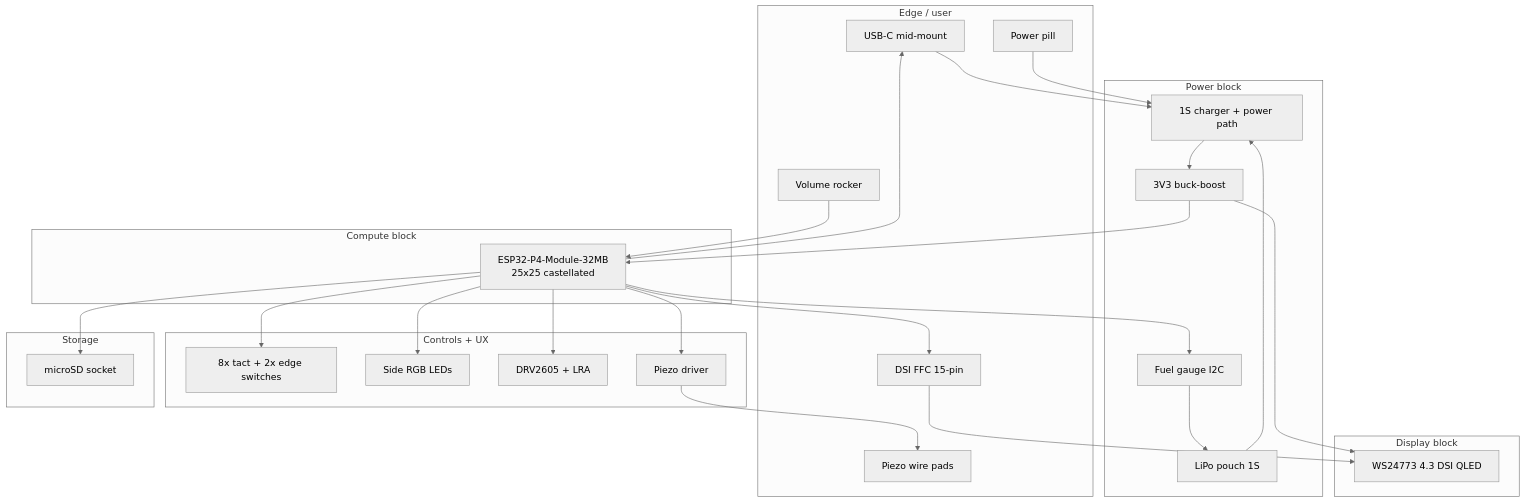
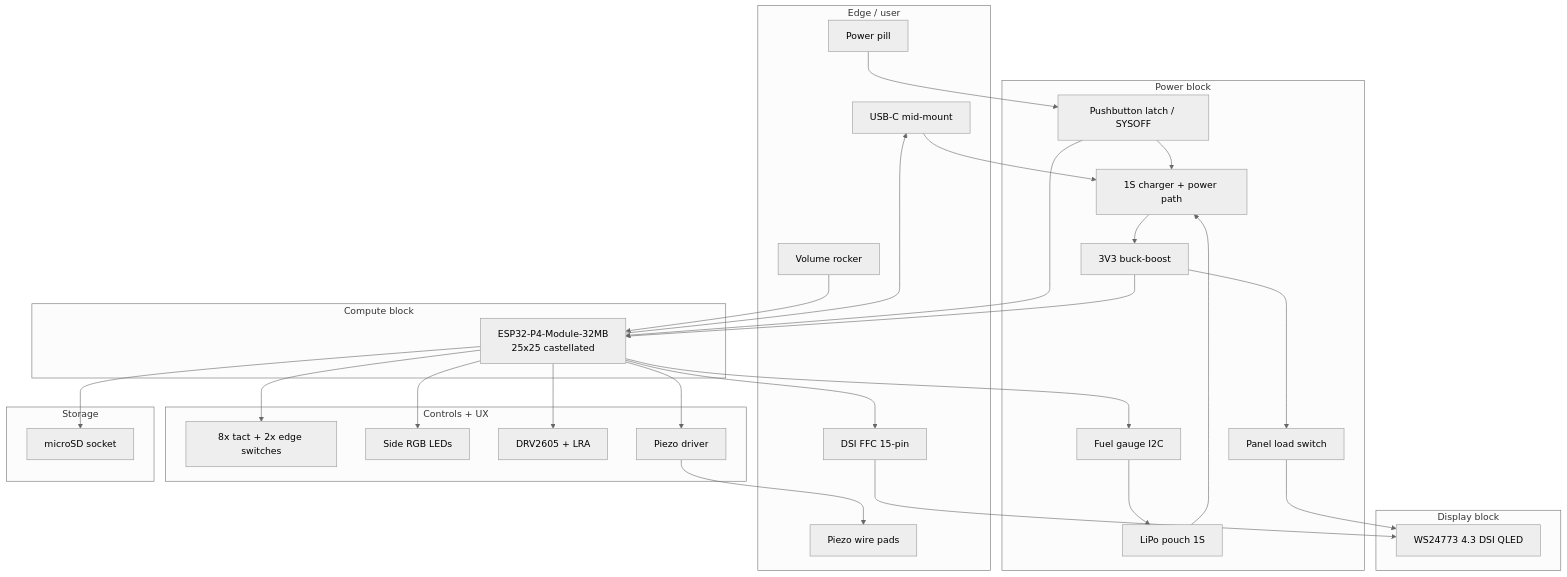
The diagram in hardware/card/BLOCK_DIAGRAM.md (increpare/PuzzleScript-labs), drawn with Mermaid (neutral theme) before and after one commit. The commit also changed other lines of this file and 34 other files, not shown here.

````diff
--- a/hardware/card/BLOCK_DIAGRAM.md
+++ b/hardware/card/BLOCK_DIAGRAM.md
@@ -11,55 +11,60 @@
 ```mermaid
 flowchart TB
     subgraph edge [Edge / user]
         USBC[USB-C mid-mount]
         PWR[Power pill]
         VOL[Volume rocker]
         FFC[DSI FFC 15-pin]
         PIEZO_PADS[Piezo wire pads]
     end
 
     subgraph power [Power block]
+        LATCH[Pushbutton latch / SYSOFF]
         CHG[1S charger + power path]
         GAUGE[Fuel gauge I2C]
         BUCK[3V3 buck-boost]
+        PANEL_SW[Panel load switch]
         CELL[LiPo pouch 1S]
     end
 
     subgraph compute [Compute block]
         MOD[ESP32-P4-Module-32MB<br/>25x25 castellated]
     end
 
     subgraph display [Display block]
         PANEL[WS24773 4.3 DSI QLED]
     end
 
     subgraph io [Controls + UX]
         SW[8x tact + 2x edge switches]
         RGB[Side RGB LEDs]
         LRA[DRV2605 + LRA]
         PZ_DRV[Piezo driver]
     end
 
     subgraph storage [Storage]
         SD[microSD socket]
     end
 
     USBC --> CHG
     CELL --> CHG
+    PWR --> LATCH
+    LATCH --> CHG
+    LATCH --> MOD
     CHG --> BUCK
     BUCK --> MOD
-    BUCK --> PANEL
+    BUCK --> PANEL_SW
+    PANEL_SW --> PANEL
     GAUGE --> CELL
     MOD --> GAUGE
     MOD --> FFC
     FFC --> PANEL
     MOD --> SW
     MOD --> RGB
     MOD --> LRA
     MOD --> PZ_DRV
     PZ_DRV --> PIEZO_PADS
     MOD --> SD
     MOD --> USBC
-    PWR --> CHG
     VOL --> MOD
 ```
````
